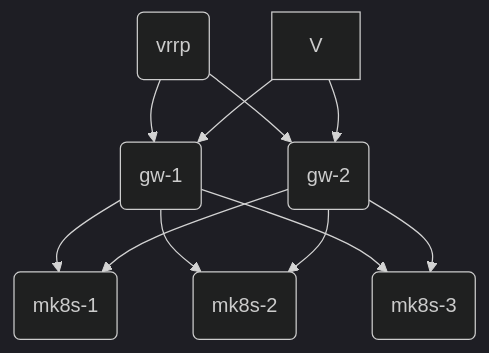
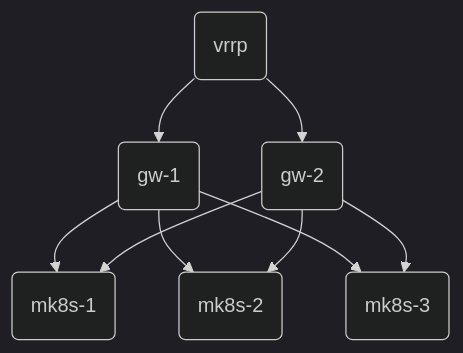
The diagram in README.md (PrimeEuler/microcloud), drawn with Mermaid before and after one commit.

````diff
--- a/README.md
+++ b/README.md
@@ -5,13 +5,12 @@
 ```mermaid
 %%{init: {'theme':'dark'}}%%
 graph TD;
     A(vrrp);
     B(gw-1);
     C(gw-2);
     D(mk8s-1);
     E(mk8s-2);
     F(mk8s-3);
     A-->B & C;
     B & C-->D & E & F;
-    V-->B & C;
 ```
````
